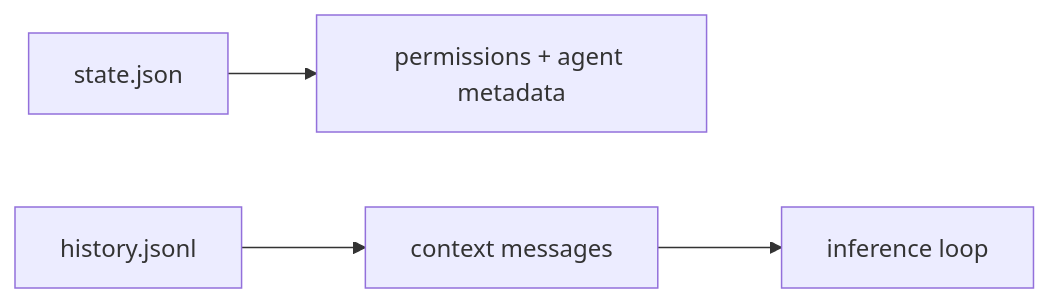
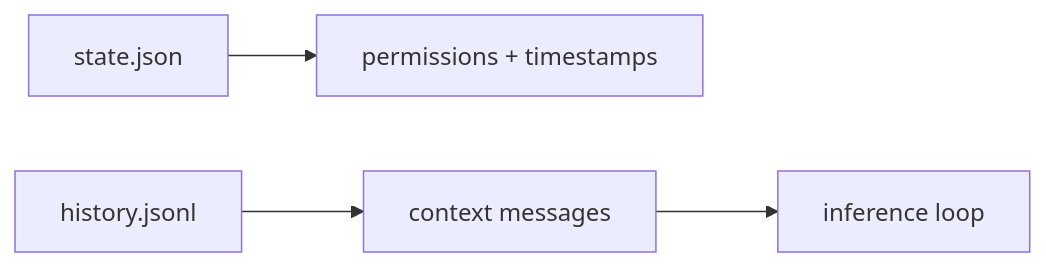
One commit to ex3ndr/claybot changed the fourth of 4 diagrams in docs/engine-agent.md. Above: the diagram before and after it, drawn with Mermaid. The commit also changed other lines of this file and 8 other files, not shown here.

````diff
--- a/docs/engine-agent.md
+++ b/docs/engine-agent.md
@@ -50,6 +50,6 @@
 ```mermaid
 flowchart LR
-  State[state.json] --> Meta[permissions + agent metadata]
+  State[state.json] --> Meta[permissions + timestamps]
   History[history.jsonl] --> Context[context messages]
   Context --> Loop[inference loop]
 ```
````
